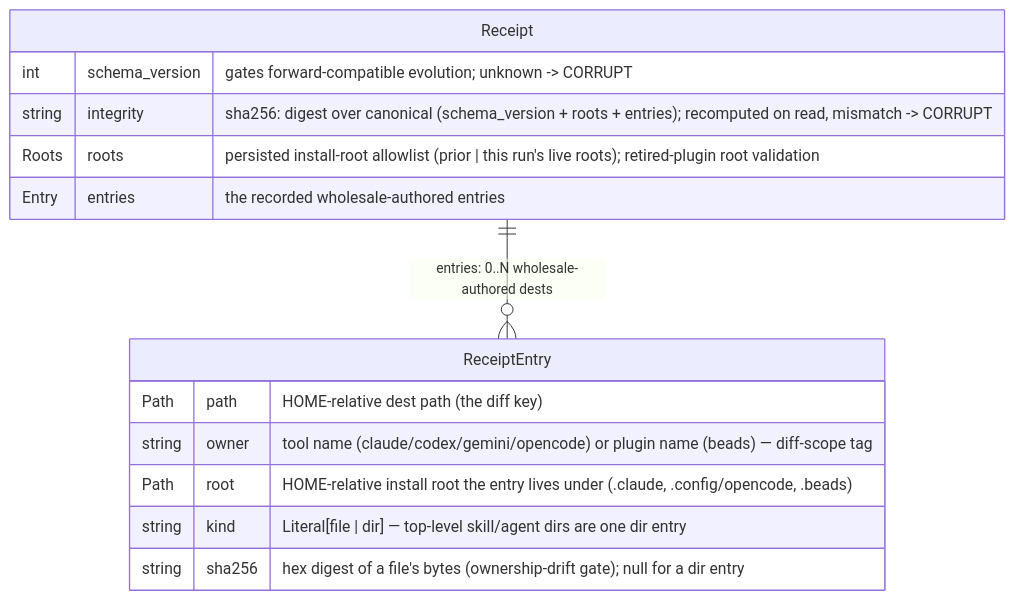
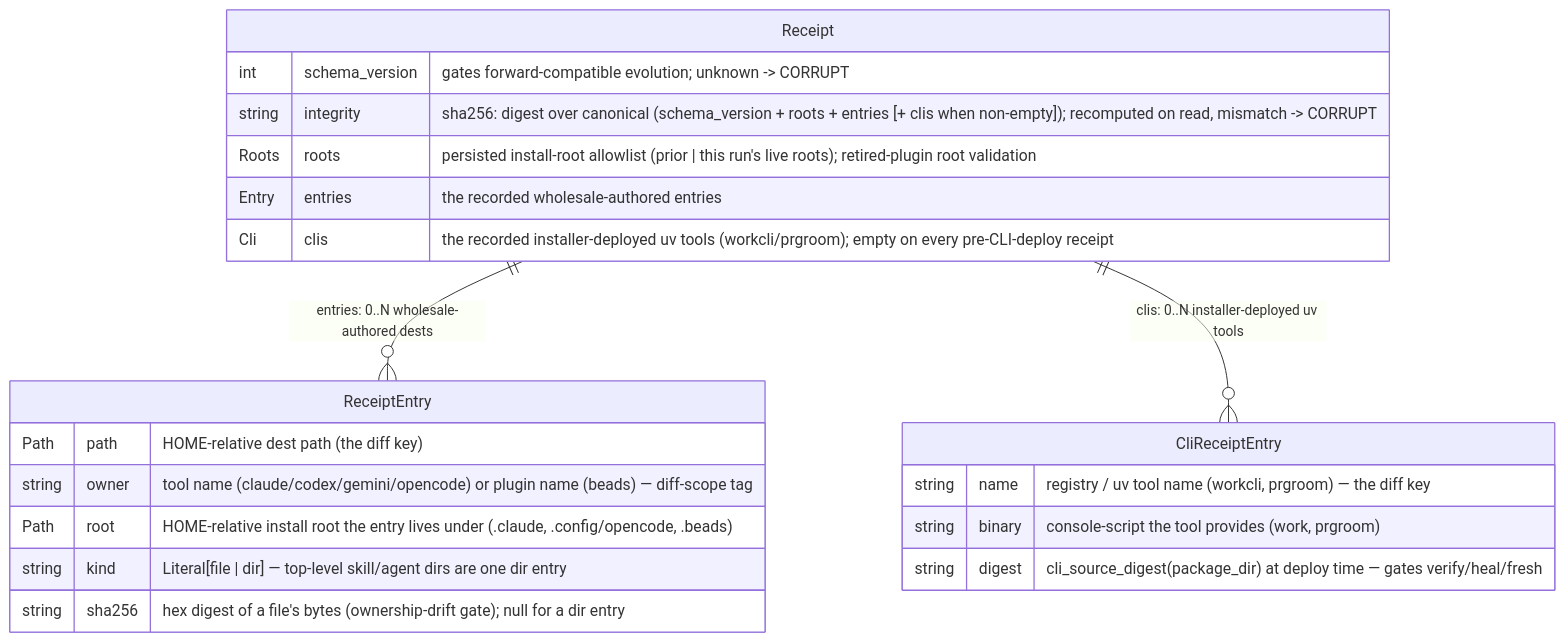
Before and after one commit to scotthamilton77/agents-config: the second of 3 diagrams in docs/architecture/installer/data-view.md, drawn with Mermaid. The commit also changed other lines of this file and 16 other files, not shown here.

First line of the commit message:
feat(installer): wire CLI-deploy stage into cli._run — final delivery PR (wgclw.9.9 PR3/3) (#328)

````diff
--- a/docs/architecture/installer/data-view.md
+++ b/docs/architecture/installer/data-view.md
@@ -144,19 +144,27 @@
 ```mermaid
 erDiagram
     Receipt ||--o{ ReceiptEntry : "entries: 0..N wholesale-authored dests"
+    Receipt ||--o{ CliReceiptEntry : "clis: 0..N installer-deployed uv tools"
 
     Receipt {
         int    schema_version  "gates forward-compatible evolution; unknown -> CORRUPT"
-        string integrity       "sha256: digest over canonical (schema_version + roots + entries); recomputed on read, mismatch -> CORRUPT"
+        string integrity       "sha256: digest over canonical (schema_version + roots + entries [+ clis when non-empty]); recomputed on read, mismatch -> CORRUPT"
         Roots  roots           "persisted install-root allowlist (prior | this run's live roots); retired-plugin root validation"
         Entry  entries         "the recorded wholesale-authored entries"
+        Cli    clis            "the recorded installer-deployed uv tools (workcli/prgroom); empty on every pre-CLI-deploy receipt"
     }
 
     ReceiptEntry {
         Path   path    "HOME-relative dest path (the diff key)"
         string owner   "tool name (claude/codex/gemini/opencode) or plugin name (beads) — diff-scope tag"
         Path   root    "HOME-relative install root the entry lives under (.claude, .config/opencode, .beads)"
         string kind    "Literal[file | dir] — top-level skill/agent dirs are one dir entry"
         string sha256  "hex digest of a file's bytes (ownership-drift gate); null for a dir entry"
     }
+
+    CliReceiptEntry {
+        string name    "registry / uv tool name (workcli, prgroom) — the diff key"
+        string binary  "console-script the tool provides (work, prgroom)"
+        string digest  "cli_source_digest(package_dir) at deploy time — gates verify/heal/fresh"
+    }
 ```
````
